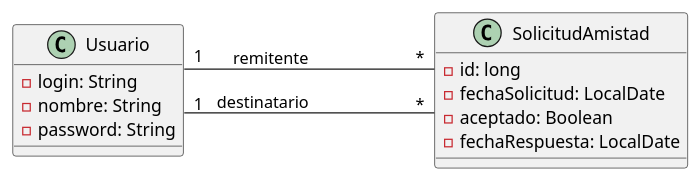
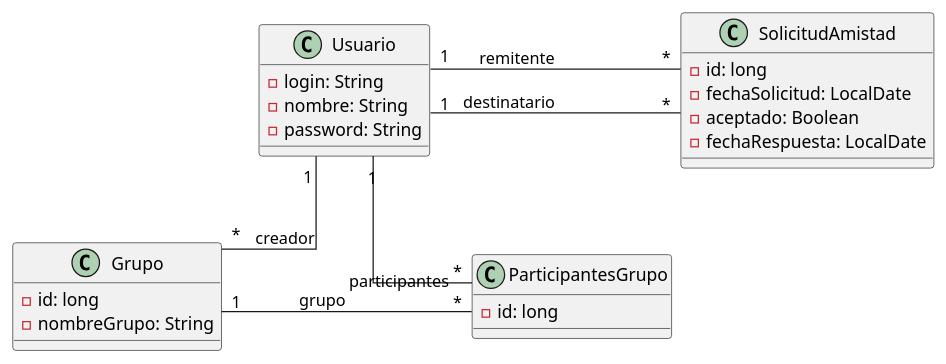
One commit to AndresFelipeDzT/ProyectoFundamentos changed the diagram in docs/modelo-clases.md. Above: the diagram before and after it, drawn with PlantUML. The commit also changed 5 other files, not shown here.

````diff
--- a/docs/modelo-clases.md
+++ b/docs/modelo-clases.md
@@ -5,23 +5,35 @@
 ```plantuml
 @startuml
 skinparam nodesep 200
 skinparam linetype ortho
 
 class Usuario {
   - login: String
   - nombre: String
   - password: String
 }
 
 class SolicitudAmistad {
   - id: long
   - fechaSolicitud: LocalDate
   - aceptado: Boolean
   - fechaRespuesta: LocalDate
 }
 
+class Grupo {
+  - id: long
+  - nombreGrupo: String
+}
+
+class ParticipantesGrupo {
+  - id: long
+}
+
 Usuario "1" -right- "*" SolicitudAmistad : "remitente"
 Usuario "1" -right- "*" SolicitudAmistad : "destinatario"
+Usuario "1" -down- "*" Grupo : "creador"
+Usuario "1" -down- "*" ParticipantesGrupo : "participantes"
+ParticipantesGrupo "*" -left- "1" Grupo : "grupo"
 
 @enduml
 ```
````
